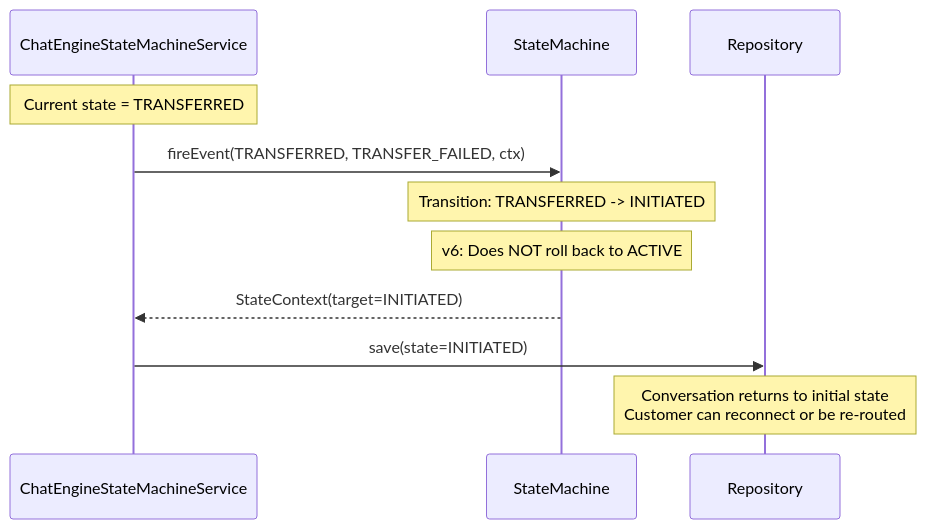
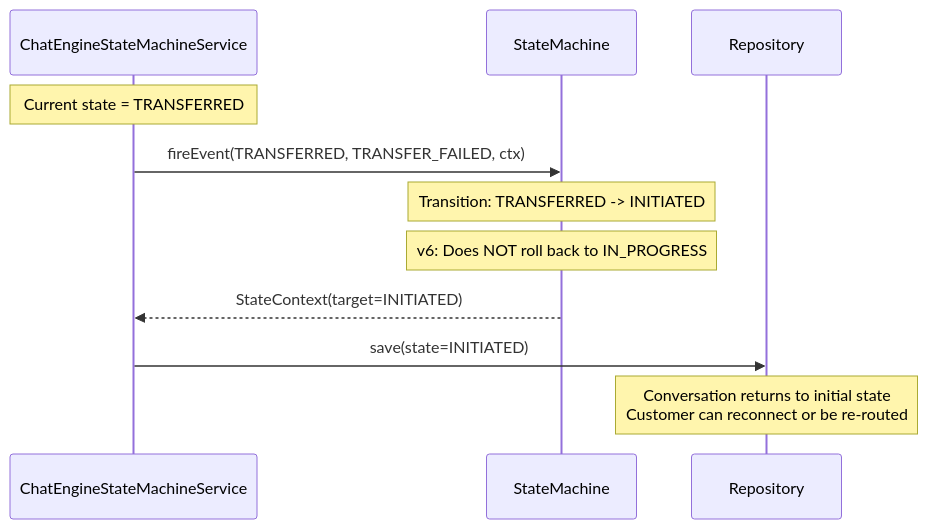
Before and after one commit to huangzhiqiu/ai-knowledge-design: the fifth of 5 diagrams in 08-Code/state-machine/docs/02-CBOL-Business-Layer-Design.md, drawn with Mermaid. The commit also changed other lines of this file and 23 other files, not shown here.

````diff
--- a/08-Code/state-machine/docs/02-CBOL-Business-Layer-Design.md
+++ b/08-Code/state-machine/docs/02-CBOL-Business-Layer-Design.md
@@ -576,14 +576,14 @@
 ```mermaid
 sequenceDiagram
     participant Svc as ChatEngineStateMachineService
     participant SM as StateMachine
     participant Repo as Repository
 
     Note over Svc: Current state = TRANSFERRED
     Svc->>SM: fireEvent(TRANSFERRED, TRANSFER_FAILED, ctx)
     Note over SM: Transition: TRANSFERRED -> INITIATED
-    Note over SM: v6: Does NOT roll back to ACTIVE
+    Note over SM: v6: Does NOT roll back to IN_PROGRESS
     SM-->>Svc: StateContext(target=INITIATED)
     Svc->>Repo: save(state=INITIATED)
     Note over Repo: Conversation returns to initial state<br/>Customer can reconnect or be re-routed
 ```
````
